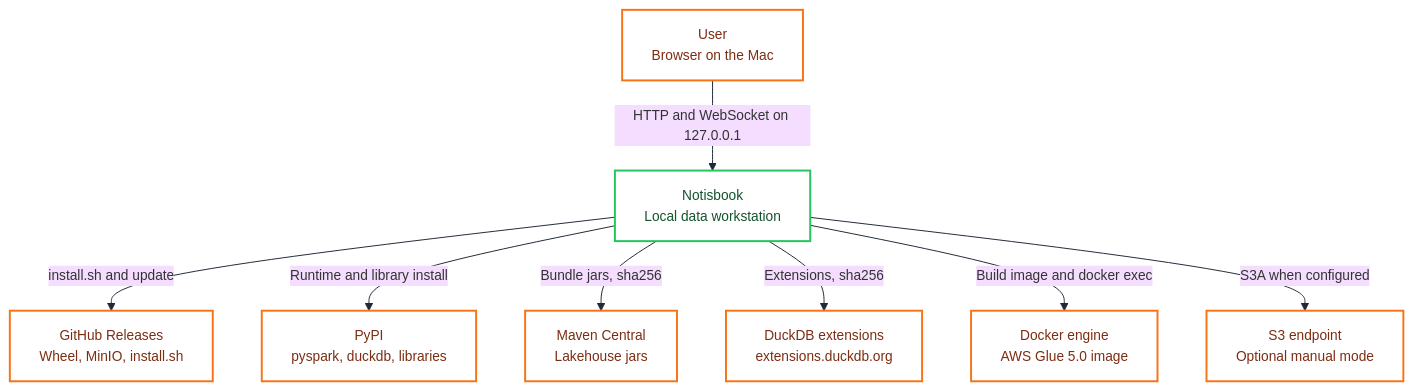
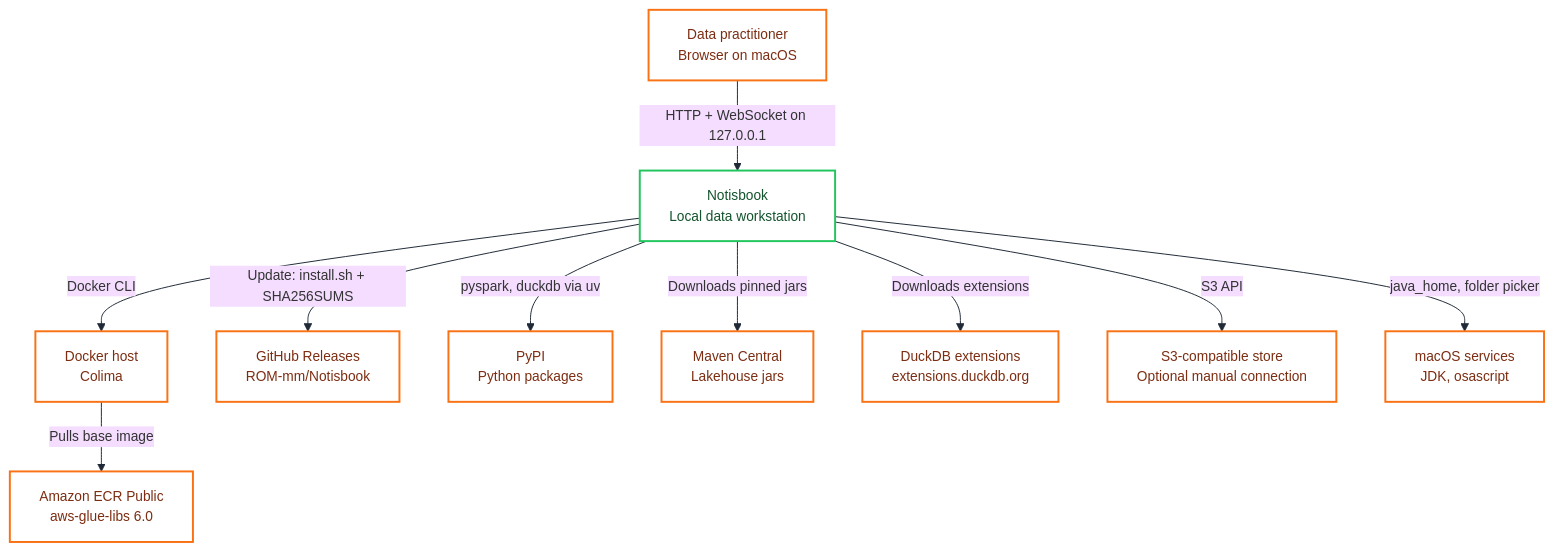
Before and after one commit to ROM-mm/Notisbook: the diagram in docs/arch/context.mmd, drawn with Mermaid. The commit also changed 55 other files, not shown here.

```diff
--- a/docs/arch/context.mmd
+++ b/docs/arch/context.mmd
@@ -1,31 +1,35 @@
 %%{init: {"theme":"base",
   "fontFamily":"ui-monospace, SFMono-Regular, Menlo, monospace",
   "themeVariables":{
     "fontSize":"14px","lineColor":"#1F2937",
     "clusterBkg":"#FFFFFF","clusterBorder":"#E2E8F0"}}}%%
 graph TB
-    USER["User<br/>Browser on the Mac"]
+    USER["Data practitioner<br/>Browser on macOS"]
     NB["Notisbook<br/>Local data workstation"]
-    GH["GitHub Releases<br/>Wheel, MinIO, install.sh"]
-    PYPI["PyPI<br/>pyspark, duckdb, libraries"]
+    DOCKER["Docker host<br/>Colima"]
+    GH["GitHub Releases<br/>ROM-mm/Notisbook"]
+    PYPI["PyPI<br/>Python packages"]
     MAVEN["Maven Central<br/>Lakehouse jars"]
     DUCKEXT["DuckDB extensions<br/>extensions.duckdb.org"]
-    DOCKER["Docker engine<br/>AWS Glue 5.0 image"]
-    S3["S3 endpoint<br/>Optional manual mode"]
+    ECR["Amazon ECR Public<br/>aws-glue-libs 6.0"]
+    S3["S3-compatible store<br/>Optional manual connection"]
+    MACOS["macOS services<br/>JDK, osascript"]
 
-    USER -->|"HTTP and WebSocket on 127.0.0.1"| NB
-    NB -->|"install.sh and update"| GH
-    NB -->|"Runtime and library install"| PYPI
-    NB -->|"Bundle jars, sha256"| MAVEN
-    NB -->|"Extensions, sha256"| DUCKEXT
-    NB -->|"Build image and docker exec"| DOCKER
-    NB -->|"S3A when configured"| S3
+    USER -->|"HTTP + WebSocket on 127.0.0.1"| NB
+    NB -->|"Docker CLI"| DOCKER
+    DOCKER -->|"Pulls base image"| ECR
+    NB -->|"Update: install.sh + SHA256SUMS"| GH
+    NB -->|"pyspark, duckdb via uv"| PYPI
+    NB -->|"Downloads pinned jars"| MAVEN
+    NB -->|"Downloads extensions"| DUCKEXT
+    NB -->|"S3 API"| S3
+    NB -->|"java_home, folder picker"| MACOS
 
     classDef external    fill:#FFFFFF,stroke:#F97316,stroke-width:2px,color:#7C2D12
     classDef integration fill:#FFFFFF,stroke:#6366F1,stroke-width:2px,color:#312E81
     classDef processing  fill:#FFFFFF,stroke:#22C55E,stroke-width:2px,color:#14532D
     classDef persistence fill:#FEF2F2,stroke:#EF4444,stroke-width:2px,color:#7F1D1D
     classDef support     fill:#FFFFFF,stroke:#38BDF8,stroke-width:2px,color:#075985
 
-    class USER,GH,PYPI,MAVEN,DUCKEXT,DOCKER,S3 external
+    class USER,DOCKER,GH,PYPI,MAVEN,DUCKEXT,ECR,S3,MACOS external
     class NB processing
```
